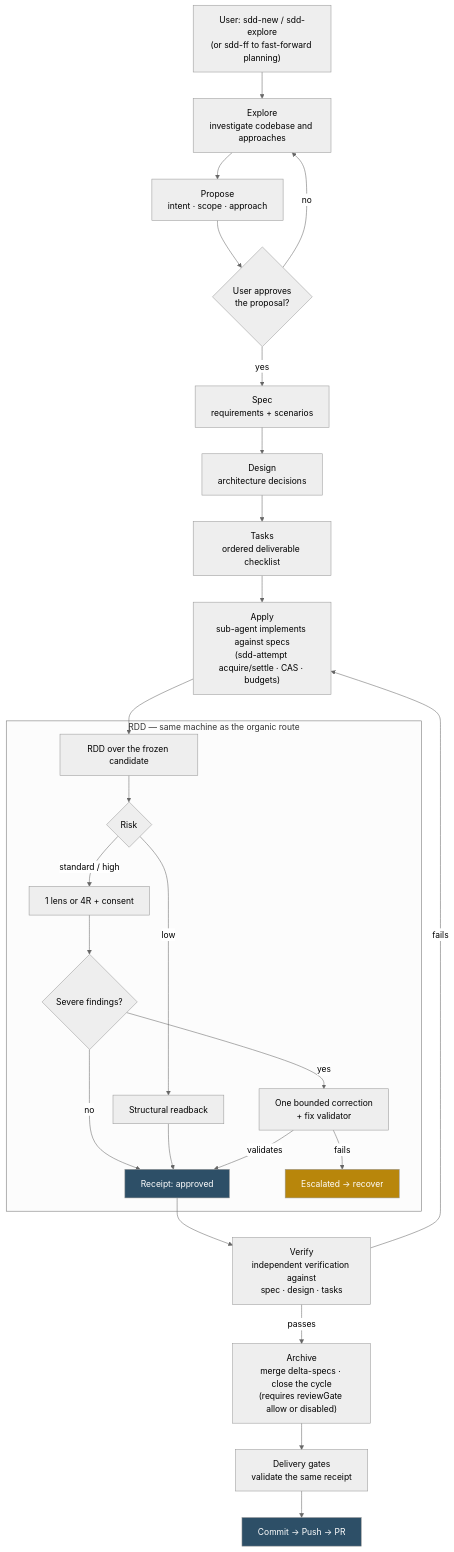
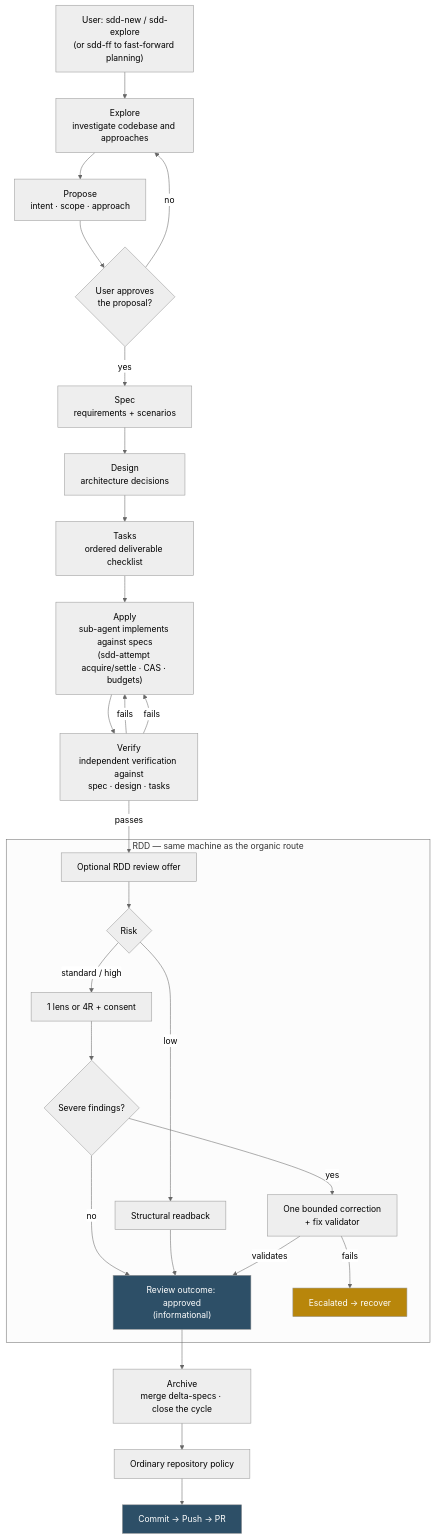
The second of 2 diagrams in README.md (0xErwin1/gentle-ai), drawn with Mermaid (neutral theme) before and after one commit. The commit also changed other lines of this file and 99 other files, not shown here.

````diff
--- a/README.md
+++ b/README.md
@@ -259,34 +259,35 @@
 ```mermaid
 flowchart TD
     A["User: sdd-new / sdd-explore<br/>(or sdd-ff to fast-forward planning)"] --> B["Explore<br/>investigate codebase and approaches"]
     B --> C["Propose<br/>intent · scope · approach"]
     C --> D{"User approves<br/>the proposal?"}
     D -->|"no"| B
     D -->|"yes"| E["Spec<br/>requirements + scenarios"]
     E --> F["Design<br/>architecture decisions"]
     F --> G["Tasks<br/>ordered deliverable checklist"]
     G --> H["Apply<br/>sub-agent implements against specs<br/>(sdd-attempt acquire/settle · CAS · budgets)"]
-    H --> I["RDD over the frozen candidate"]
+    H --> Q["Verify<br/>independent verification against<br/>spec · design · tasks"]
+        Q -->|"passes"| I["Optional RDD review offer"]
+        Q -->|"fails"| H
 
     subgraph RDD["RDD — same machine as the organic route"]
         I --> J{"Risk"}
         J -->|"low"| K["Structural readback"]
         J -->|"standard / high"| L["1 lens or 4R + consent"]
         L --> M{"Severe findings?"}
         M -->|"yes"| N["One bounded correction<br/>+ fix validator"]
-        M -->|"no"| O["Receipt: approved"]
+        M -->|"no"| O["Review outcome: approved<br/>(informational)"]
         K --> O
         N -->|"validates"| O
         N -->|"fails"| P["Escalated → recover"]
     end
 
-    O --> Q["Verify<br/>independent verification against<br/>spec · design · tasks"]
-    Q -->|"passes"| R["Archive<br/>merge delta-specs · close the cycle<br/>(requires reviewGate allow or disabled)"]
+    O --> R["Archive<br/>merge delta-specs · close the cycle"]
     Q -->|"fails"| H
-    R --> S["Delivery gates<br/>validate the same receipt"]
+    R --> S["Ordinary repository policy"]
     S --> T["Commit → Push → PR"]
 
     style O fill:#2D4F67,color:#fff
     style P fill:#B8860B,color:#fff
     style T fill:#2D4F67,color:#fff
 ```
````
